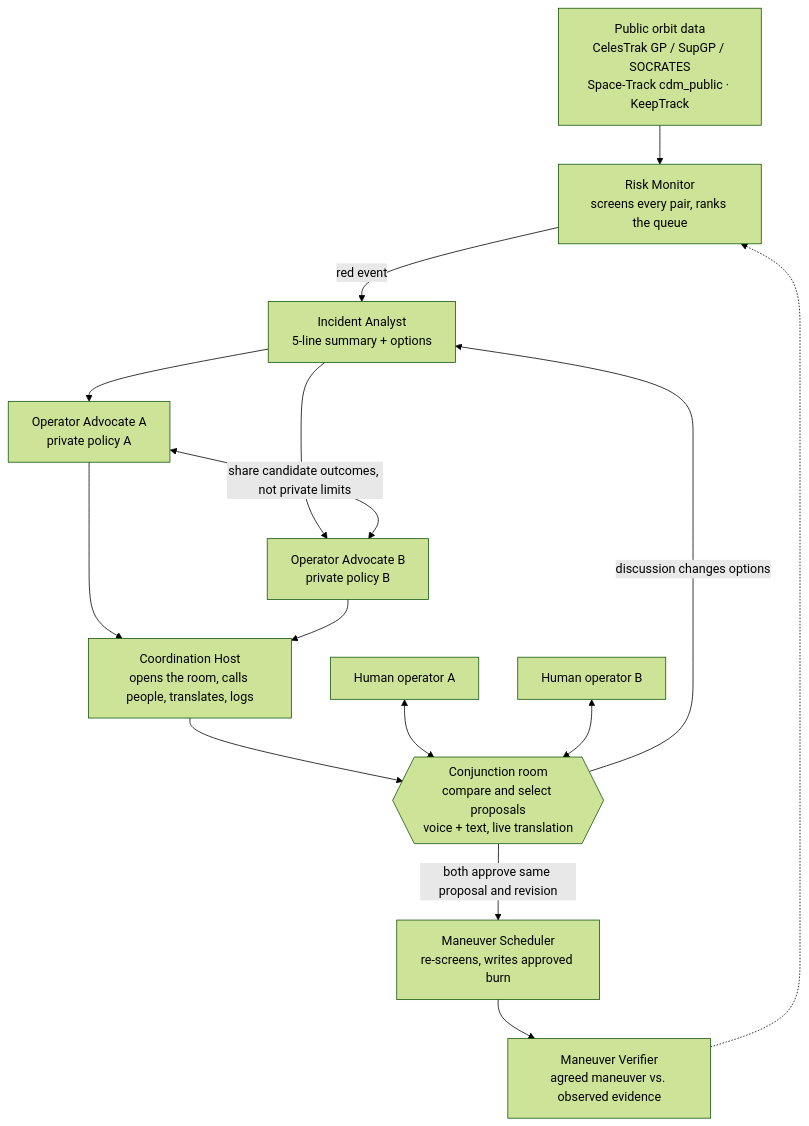
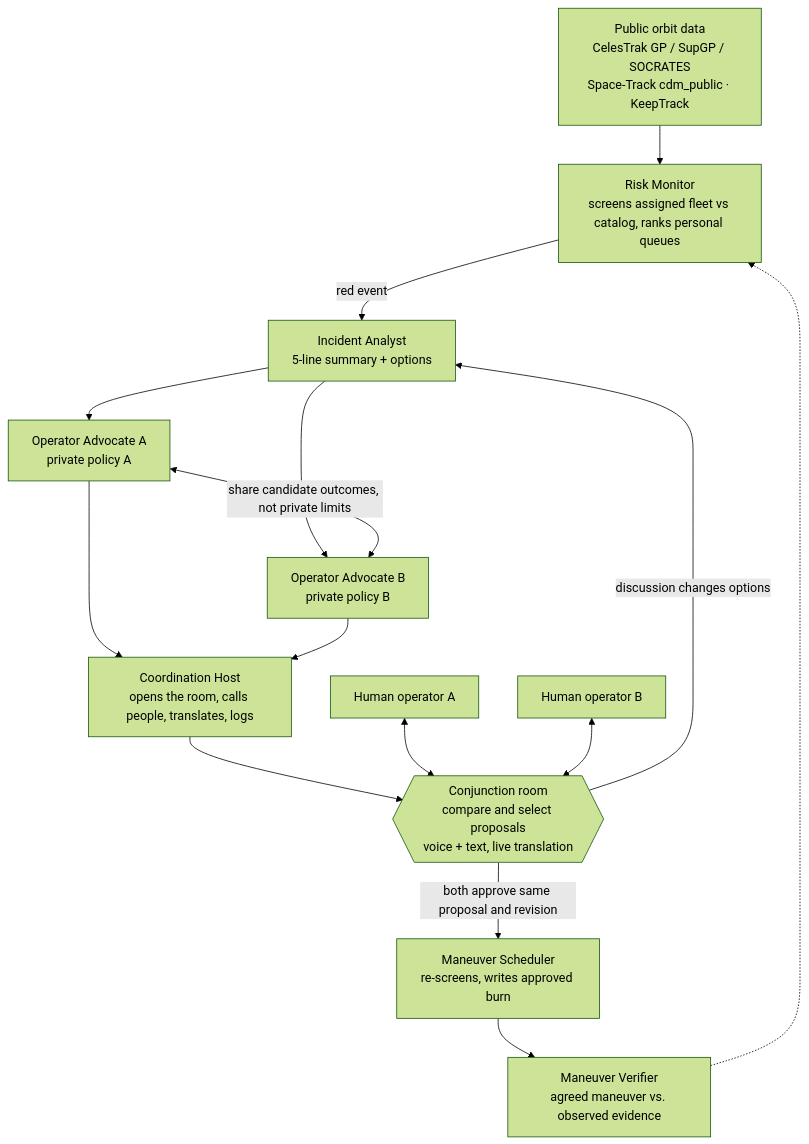
Before and after one commit to ksavkin/OrbitCall: the diagram in README.md, drawn with Mermaid (forest theme). The commit also changed other lines of this file and 8 other files, not shown here.

Commit message:
Document assigned-fleet workflow, priorities and approval decisions

````diff
--- a/README.md
+++ b/README.md
@@ -27,17 +31,17 @@
 ```mermaid
 flowchart TD
-    D["Public orbit data<br/>CelesTrak GP / SupGP / SOCRATES<br/>Space-Track cdm_public · KeepTrack"] --> S[Risk Monitor<br/>screens every pair, ranks the queue]
+    D["Public orbit data<br/>CelesTrak GP / SupGP / SOCRATES<br/>Space-Track cdm_public · KeepTrack"] --> S[Risk Monitor<br/>screens assigned fleet vs catalog, ranks personal queues]
     S -- "red event" --> AN[Incident Analyst<br/>5-line summary + options]
     AN --> OA[Operator Advocate A<br/>private policy A]
     AN --> OB[Operator Advocate B<br/>private policy B]
     OA <-- "share candidate outcomes, not private limits" --> OB
     OA --> DI[Coordination Host<br/>opens the room, calls people, translates, logs]
     OB --> DI
     DI --> R{{"Conjunction room<br/>compare and select proposals<br/>voice + text, live translation"}}
     HA[Human operator A] <--> R
     HB[Human operator B] <--> R
     R -- "discussion changes options" --> AN
     R -- "both approve same proposal and revision" --> EX[Maneuver Scheduler<br/>re-screens, writes approved burn]
     EX --> VE[Maneuver Verifier<br/>agreed maneuver vs. observed evidence]
     VE -.-> S
 ```
````
